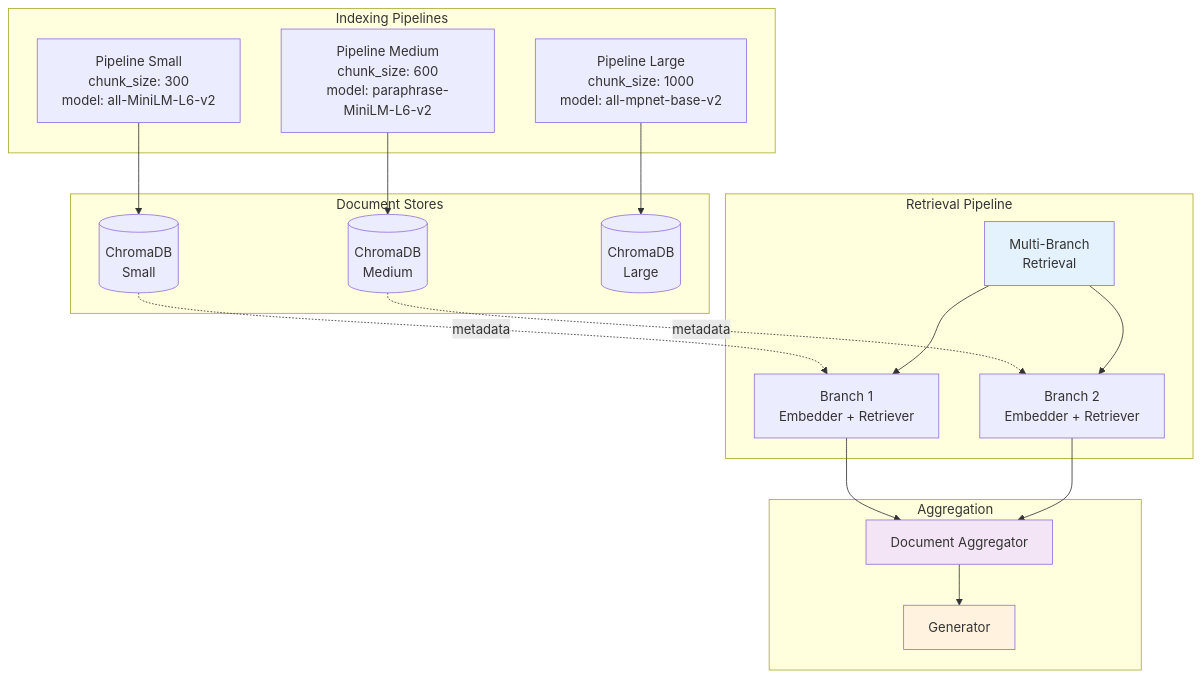
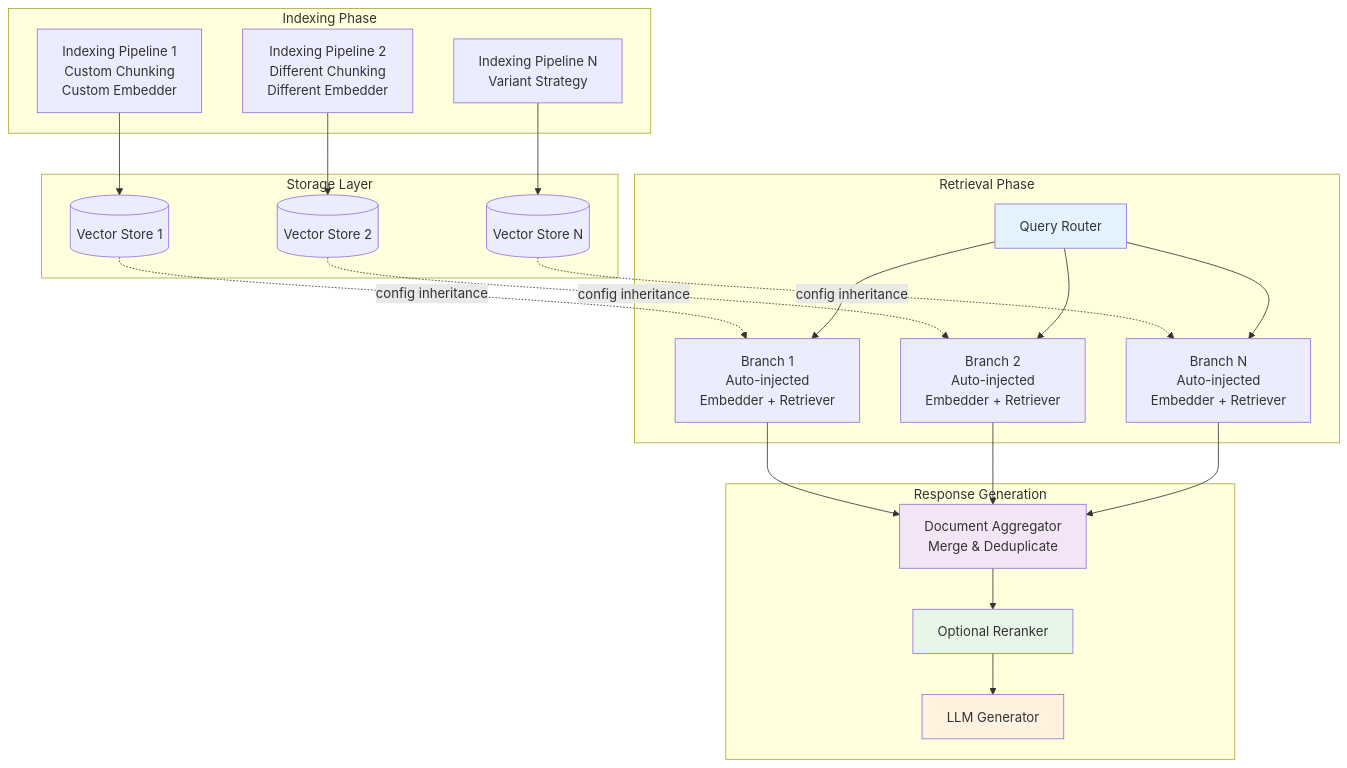
One commit to arkhai-io/agentic-rag-green changed the first of 2 diagrams in README.md. Above: the diagram before and after it, drawn with Mermaid. The commit also changed other lines of this file, not shown here.

Commit message:
fix: changed readme for general purpose diagrams

````diff
--- a/README.md
+++ b/README.md
@@ -27,43 +27,50 @@
 ```mermaid
 graph TB
-    subgraph "Indexing Pipelines"
-        IP1[Pipeline Small<br/>chunk_size: 300<br/>model: all-MiniLM-L6-v2]
-        IP2[Pipeline Medium<br/>chunk_size: 600<br/>model: paraphrase-MiniLM-L6-v2]
-        IP3[Pipeline Large<br/>chunk_size: 1000<br/>model: all-mpnet-base-v2]
+    subgraph "Indexing Phase"
+        IP1[Indexing Pipeline 1<br/>Custom Chunking<br/>Custom Embedder]
+        IP2[Indexing Pipeline 2<br/>Different Chunking<br/>Different Embedder]
+        IP3[Indexing Pipeline N<br/>Variant Strategy]
     end
 
-    subgraph "Document Stores"
-        DS1[(ChromaDB<br/>Small)]
-        DS2[(ChromaDB<br/>Medium)]
-        DS3[(ChromaDB<br/>Large)]
+    subgraph "Storage Layer"
+        DS1[(Vector Store 1)]
+        DS2[(Vector Store 2)]
+        DS3[(Vector Store N)]
     end
 
-    subgraph "Retrieval Pipeline"
-        RP[Multi-Branch<br/>Retrieval]
-        B1[Branch 1<br/>Embedder + Retriever]
-        B2[Branch 2<br/>Embedder + Retriever]
+    subgraph "Retrieval Phase"
+        RP[Query Router]
+        B1[Branch 1<br/>Auto-injected<br/>Embedder + Retriever]
+        B2[Branch 2<br/>Auto-injected<br/>Embedder + Retriever]
+        BN[Branch N<br/>Auto-injected<br/>Embedder + Retriever]
     end
 
-    subgraph "Aggregation"
-        AGG[Document Aggregator]
-        GEN[Generator]
+    subgraph "Response Generation"
+        AGG[Document Aggregator<br/>Merge & Deduplicate]
+        RANK[Optional Reranker]
+        GEN[LLM Generator]
     end
 
     IP1 --> DS1
     IP2 --> DS2
     IP3 --> DS3
 
-    DS1 -.metadata.-> B1
-    DS2 -.metadata.-> B2
+    DS1 -.config inheritance.-> B1
+    DS2 -.config inheritance.-> B2
+    DS3 -.config inheritance.-> BN
 
     RP --> B1
     RP --> B2
+    RP --> BN
 
     B1 --> AGG
     B2 --> AGG
-    AGG --> GEN
+    BN --> AGG
+    AGG --> RANK
+    RANK --> GEN
 
     style RP fill:#e3f2fd
     style AGG fill:#f3e5f5
+    style RANK fill:#e8f5e9
     style GEN fill:#fff3e0
 ```
````
